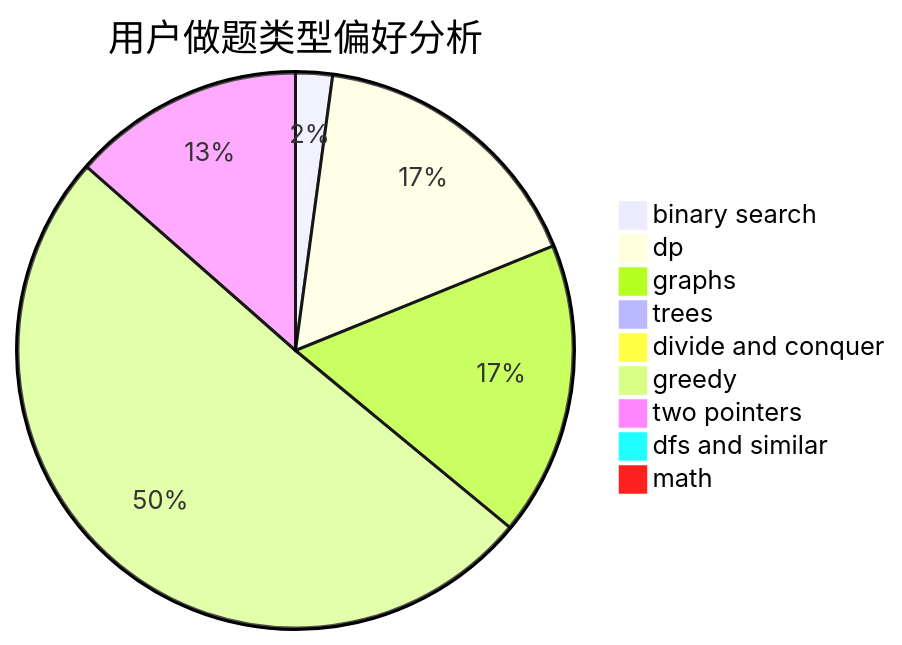
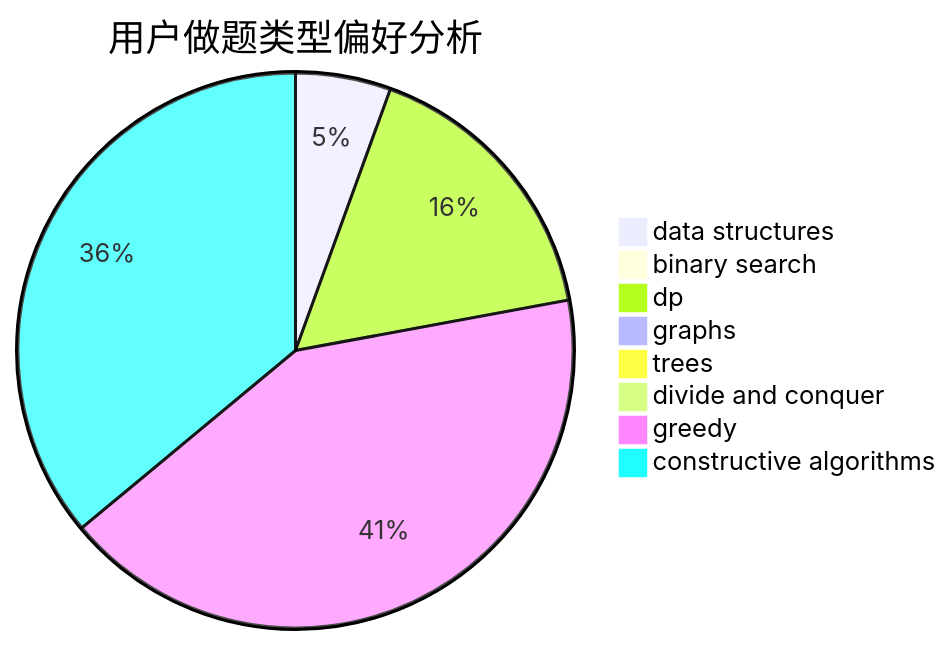
Before and after one commit to sherpahu/cfrs.github.io: the second of 3 diagrams in docs/user/u1941.md, drawn with Mermaid. The commit also changed other lines of this file and 2775 other files, not shown here.

````diff
--- a/docs/user/u1941.md
+++ b/docs/user/u1941.md
@@ -23,12 +23,11 @@
 ```mermaid
 pie title 用户做题类型偏好分析
-    "binary search" :  32
-    "dp" :  250
-    "graphs" :  256
-    "trees" :  10
+    "data structures" :  72
+    "binary search" :  8
+    "dp" :  215
+    "graphs" :  1
+    "trees" :  7
     "divide and conquer" :  3
-    "greedy" :  755
-    "two pointers" :  202
-    "dfs and similar" :  1
-    "math" :  1
+    "greedy" :  544
+    "constructive algorithms" :  468
 ```
````
